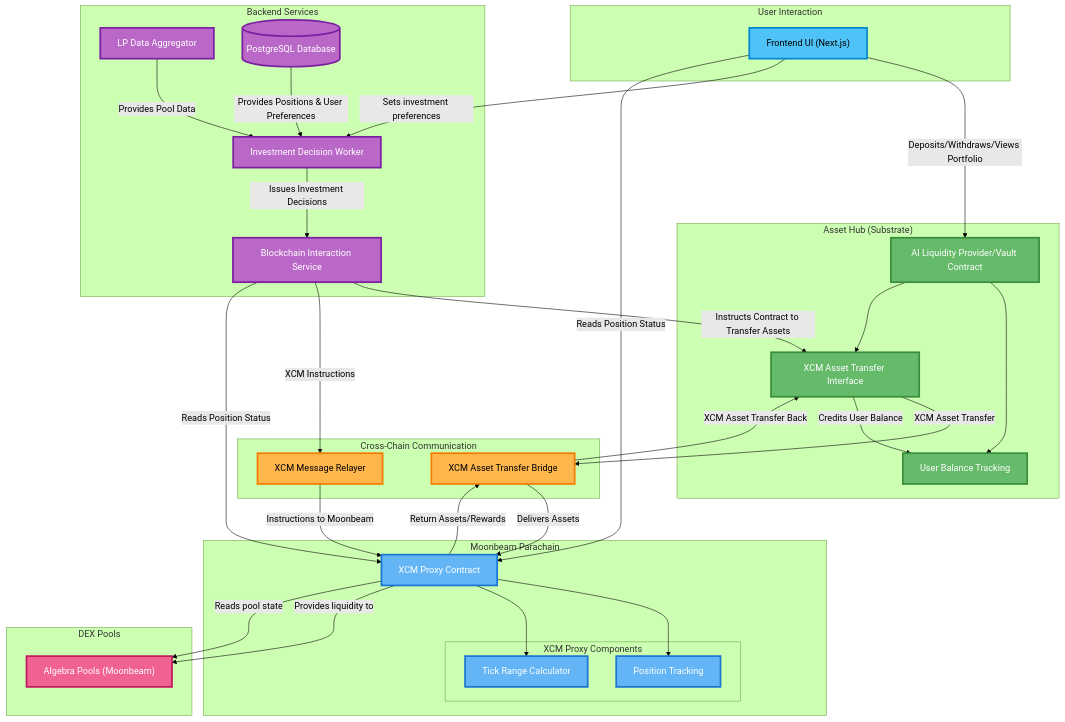
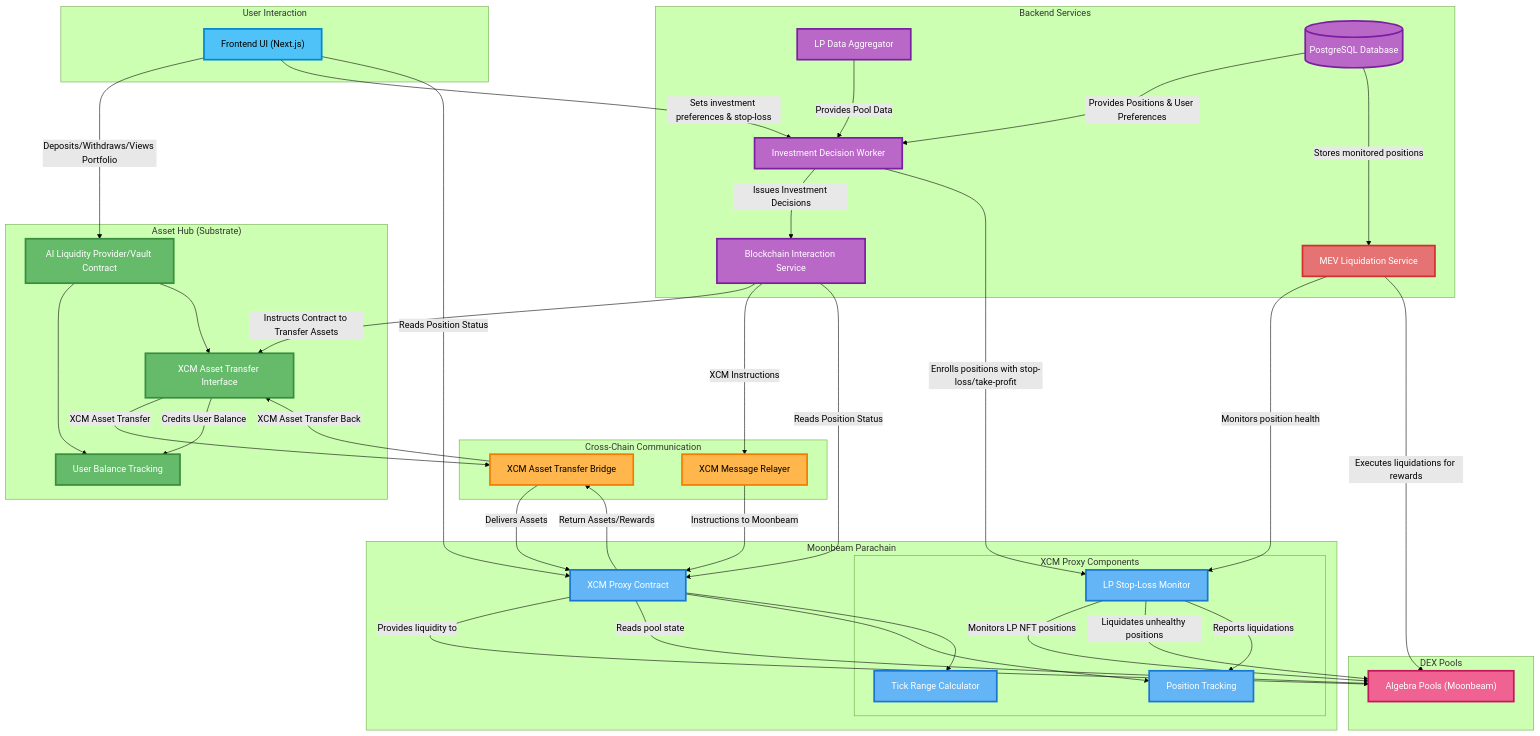
Before and after one commit to w3f/Grants-Program: the diagram in applications/LiquiDot.md, drawn with Mermaid (forest theme). The commit also changed other lines of this file, not shown here.

Commit message:
Mermaid refactor

````diff
--- a/applications/LiquiDot.md
+++ b/applications/LiquiDot.md
@@ -31,6 +31,7 @@
         PoolAnalytics["LP Data Aggregator"]
         IDWorker["Investment Decision Worker"]
         InvestmentDecision["Blockchain Interaction Service"]
+        LiquidationService["MEV Liquidation Service"]
         PostgreSQL[(PostgreSQL Database)]
     end
 
@@ -47,12 +48,13 @@
         AssetBridge["XCM Asset Transfer Bridge"]
     end
 
-    %% Moonbeam Components (Position Tracking Only)
+    %% Moonbeam Components (Position Tracking + Liquidation)
     subgraph Moonbeam["Moonbeam Parachain"]
         XCMProxy["XCM Proxy Contract"]
         subgraph XCMProxyComponents["XCM Proxy Components"]
             PositionTracking["Position Tracking"]
             RangeCalculator["Tick Range Calculator"]
+            LPMonitor["LP Stop-Loss Monitor"]
         end
     end
 
@@ -63,7 +65,7 @@
 
     %% User Flow Connections
     Frontend -->|Deposits/Withdraws/Views Portfolio| AssetsPallet
-    Frontend -->|Sets investment preferences| IDWorker
+    Frontend -->|Sets investment preferences & stop-loss| IDWorker
 
     %% Asset Management Flow
     AssetsPallet --> UserBalances
@@ -73,6 +75,12 @@
     PostgreSQL -->|Provides Positions & User Preferences| IDWorker
     PoolAnalytics -->|Provides Pool Data| IDWorker
     IDWorker -->|Issues Investment Decisions| InvestmentDecision
+    IDWorker -->|Enrolls positions with stop-loss/take-profit| LPMonitor
+
+    %% Liquidation Service Flow
+    LiquidationService -->|Monitors position health| LPMonitor
+    LiquidationService -->|Executes liquidations for rewards| AlgebraPools
+    PostgreSQL -->|Stores monitored positions| LiquidationService
 
     %% Asset Transfer Flow - Moonbeam
     InvestmentDecision -->|Instructs Contract to Transfer Assets| AssetTransfer
@@ -89,6 +97,11 @@
     XCMProxy -->|Provides liquidity to| AlgebraPools
     XCMProxy -->|Reads pool state| AlgebraPools
 
+    %% Stop-Loss Integration
+    LPMonitor -->|Monitors LP NFT positions| AlgebraPools
+    LPMonitor -->|Liquidates unhealthy positions| AlgebraPools
+    LPMonitor -->|Reports liquidations| PositionTracking
+
     XCMProxy -->|Return Assets/Rewards| AssetBridge
     AssetBridge -->|XCM Asset Transfer Back| AssetTransfer
     AssetTransfer -->|Credits User Balance| UserBalances
@@ -102,11 +115,13 @@
     classDef crossChainLayer fill:#ffb74d,stroke:#f57c00,stroke-width:3px,color:#000
     classDef moonbeamLayer fill:#64b5f6,stroke:#1976d2,stroke-width:3px,color:#fff
     classDef dexLayer fill:#f06292,stroke:#c2185b,stroke-width:3px,color:#fff
+    classDef liquidationLayer fill:#e57373,stroke:#d32f2f,stroke-width:3px,color:#fff
 
     class Frontend userLayer
     class PoolAnalytics,IDWorker,InvestmentDecision,PostgreSQL backendLayer
+    class LiquidationService liquidationLayer
     class AssetsPallet,UserBalances,AssetTransfer assetHubLayer
     class XCMRelayer,AssetBridge crossChainLayer
-    class XCMProxy,PositionTracking,RangeCalculator moonbeamLayer
+    class XCMProxy,PositionTracking,RangeCalculator,LPMonitor moonbeamLayer
     class AlgebraPools dexLayer
 ```
````
